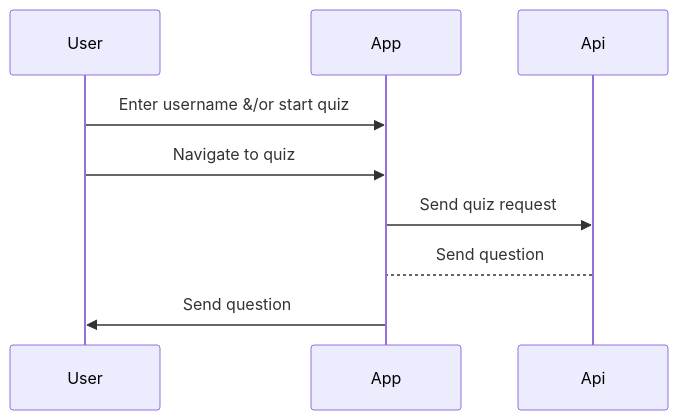
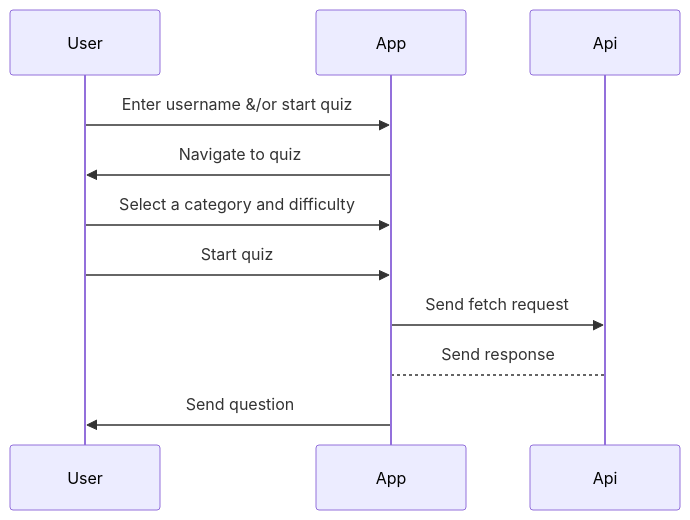
Before and after one commit to TheFullStackFred/fredrikstromberg-testing_typescipt-quiz_app: the diagram in src/sequenceDiagram.md, drawn with Mermaid.

Commit message:
started on uml diagram

````diff
--- a/src/sequenceDiagram.md
+++ b/src/sequenceDiagram.md
@@ -1,12 +1,14 @@
 ```mermaid
 sequenceDiagram
     participant User
     participant App
     participant Api
 
     User->>App: Enter username &/or start quiz
-    User->>App: Navigate to quiz
-    App->>Api: Send quiz request
-    Api-->App: Send question
+    App->>User: Navigate to quiz
+    User->>App: Select a category and difficulty
+    User->>App: Start quiz
+    App->>Api: Send fetch request
+    Api-->App: Send response
     App->>User: Send question
 ```
````
